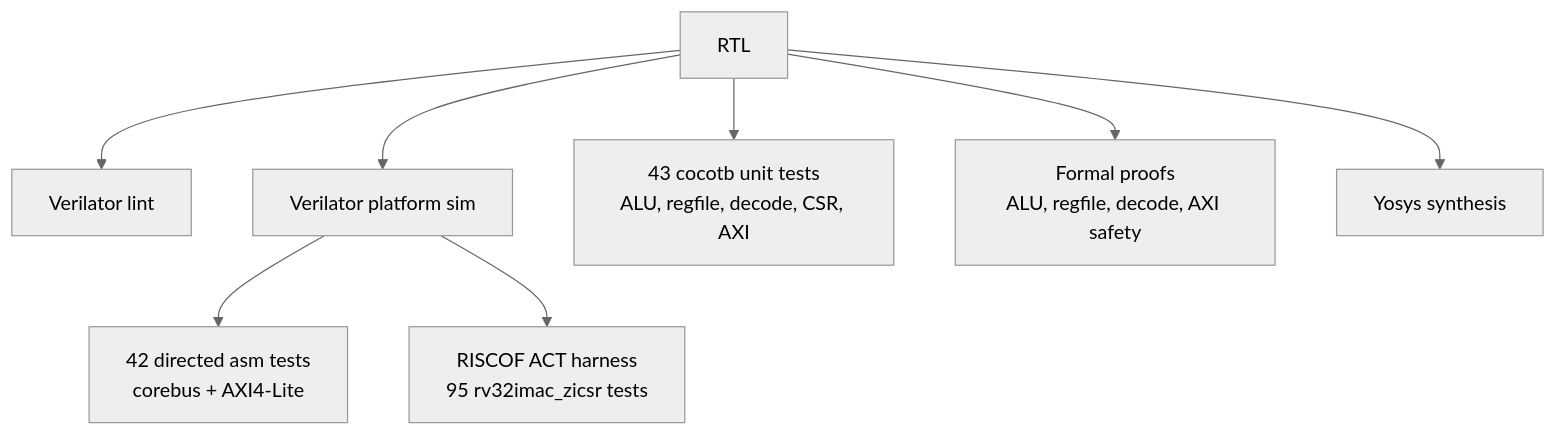
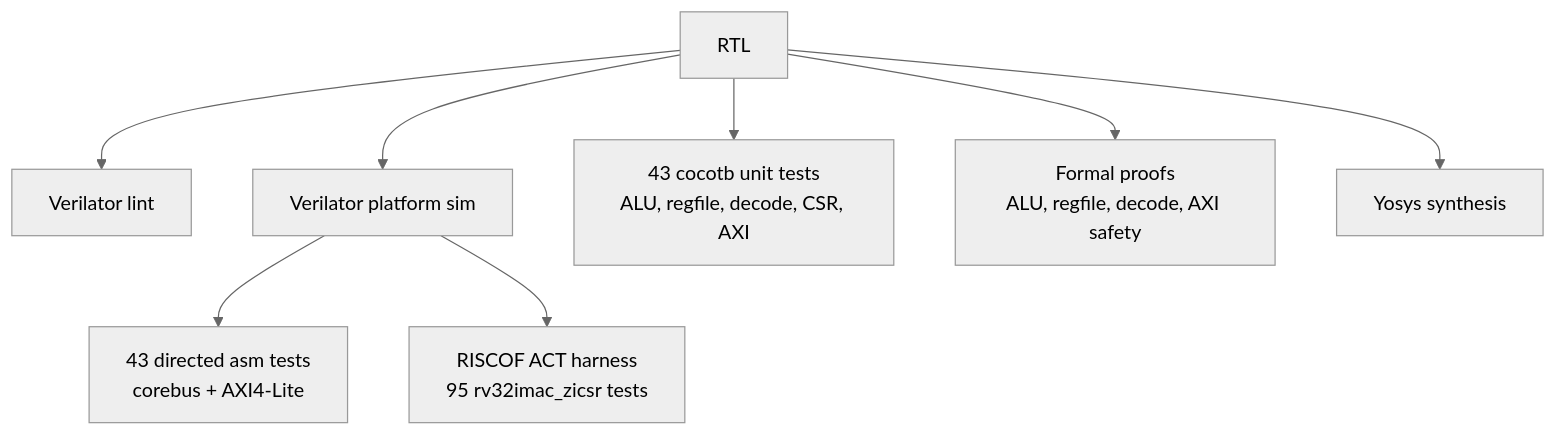
Before and after one commit to kiranreddi/sisrv-platform: the third of 3 diagrams in README.md, drawn with Mermaid (neutral theme). The commit also changed other lines of this file and 10 other files, not shown here.

````diff
--- a/README.md
+++ b/README.md
@@ -84,10 +85,10 @@
 ```mermaid
 flowchart TB
   RTL["RTL"] --> Lint["Verilator lint"]
   RTL --> Sim["Verilator platform sim"]
-  Sim --> ASM["42 directed asm tests\ncorebus + AXI4-Lite"]
+  Sim --> ASM["43 directed asm tests\ncorebus + AXI4-Lite"]
   RTL --> Cocotb["43 cocotb unit tests\nALU, regfile, decode, CSR, AXI"]
   RTL --> Formal["Formal proofs\nALU, regfile, decode, AXI safety"]
   RTL --> Synth["Yosys synthesis"]
   Sim --> RISCOF["RISCOF ACT harness\n95 rv32imac_zicsr tests"]
 ```
````
